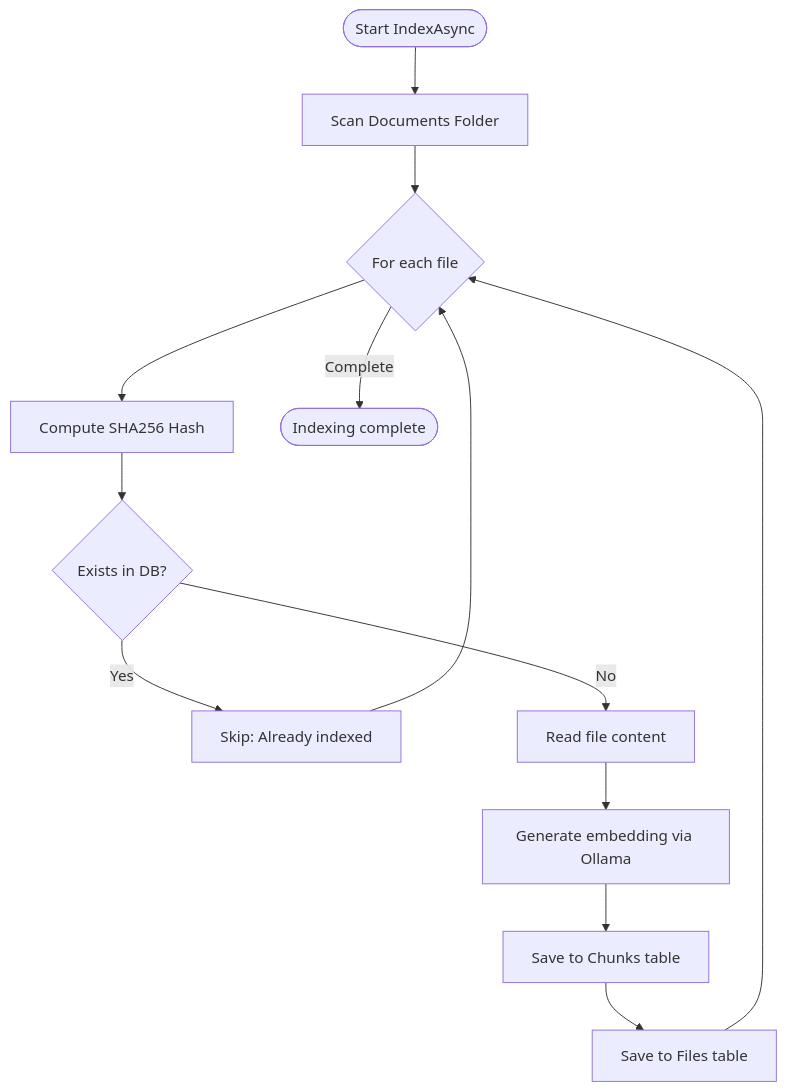
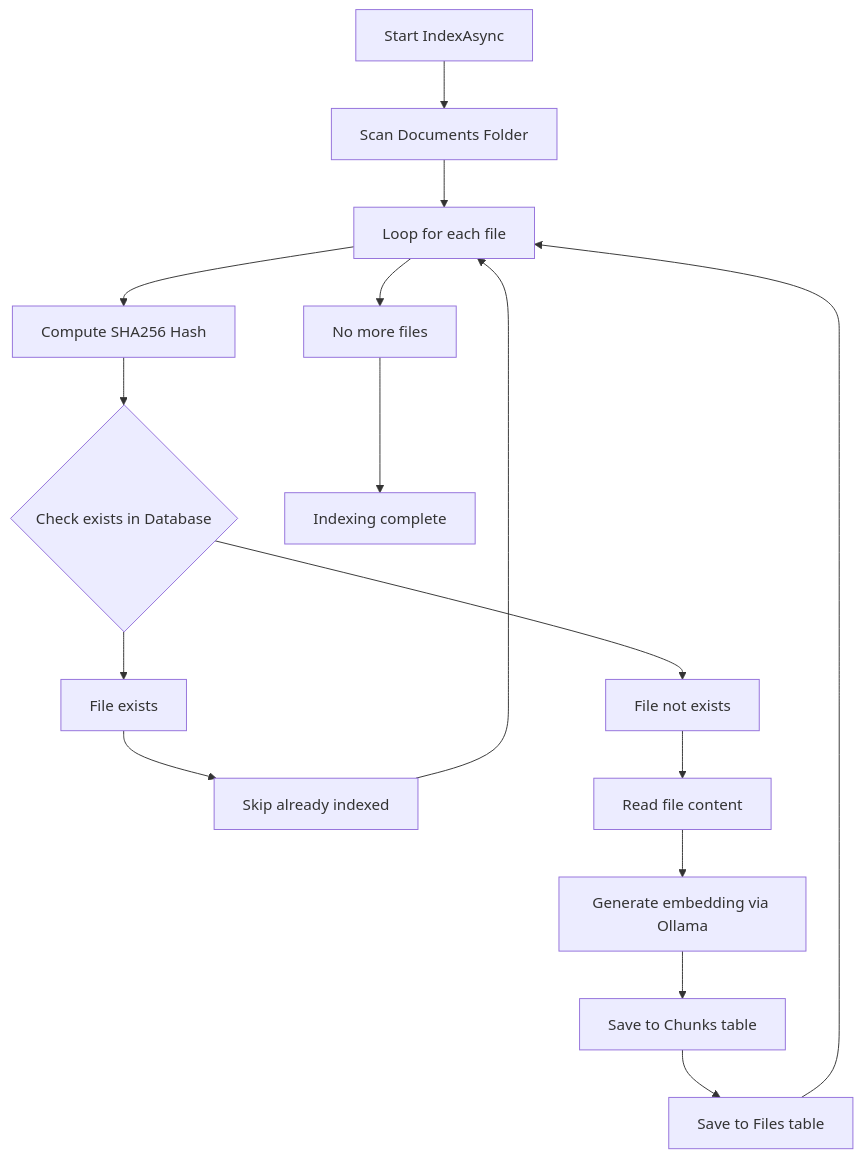
One commit to andikatjacobdennis/Local-RAG-With-OllamaSharp changed the fourth of 11 diagrams in doc/Technical Architecture Document.md. Above: the diagram before and after it, drawn with Mermaid. The commit also changed other lines of this file, not shown here.

````diff
--- a/doc/Technical Architecture Document.md
+++ b/doc/Technical Architecture Document.md
@@ -266,20 +269,20 @@
 ```mermaid
 flowchart TD
-    START([Start IndexAsync]) --> SCAN[Scan Documents Folder]
-    SCAN --> FOREACH{For each file}
+    START[Start IndexAsync] --> SCAN[Scan Documents Folder]
+    SCAN --> FOREACH[Loop for each file]
     
     FOREACH --> HASH[Compute SHA256 Hash]
-    HASH --> EXISTS{Exists in DB?}
+    HASH --> EXISTS{Check exists in Database}
     
-    EXISTS -->|Yes| SKIP[Skip: Already indexed]
-    EXISTS -->|No| READ[Read file content]
+    EXISTS --> Yes[File exists] --> SKIP[Skip already indexed]
+    EXISTS --> No[File not exists] --> READ[Read file content]
     
     READ --> EMBED[Generate embedding via Ollama]
     EMBED --> SAVE_CHUNK[Save to Chunks table]
     SAVE_CHUNK --> SAVE_FILE[Save to Files table]
     
     SKIP --> FOREACH
     SAVE_FILE --> FOREACH
     
-    FOREACH -->|Complete| END([Indexing complete])
+    FOREACH --> Complete[No more files] --> END[Indexing complete]
 ```
````
